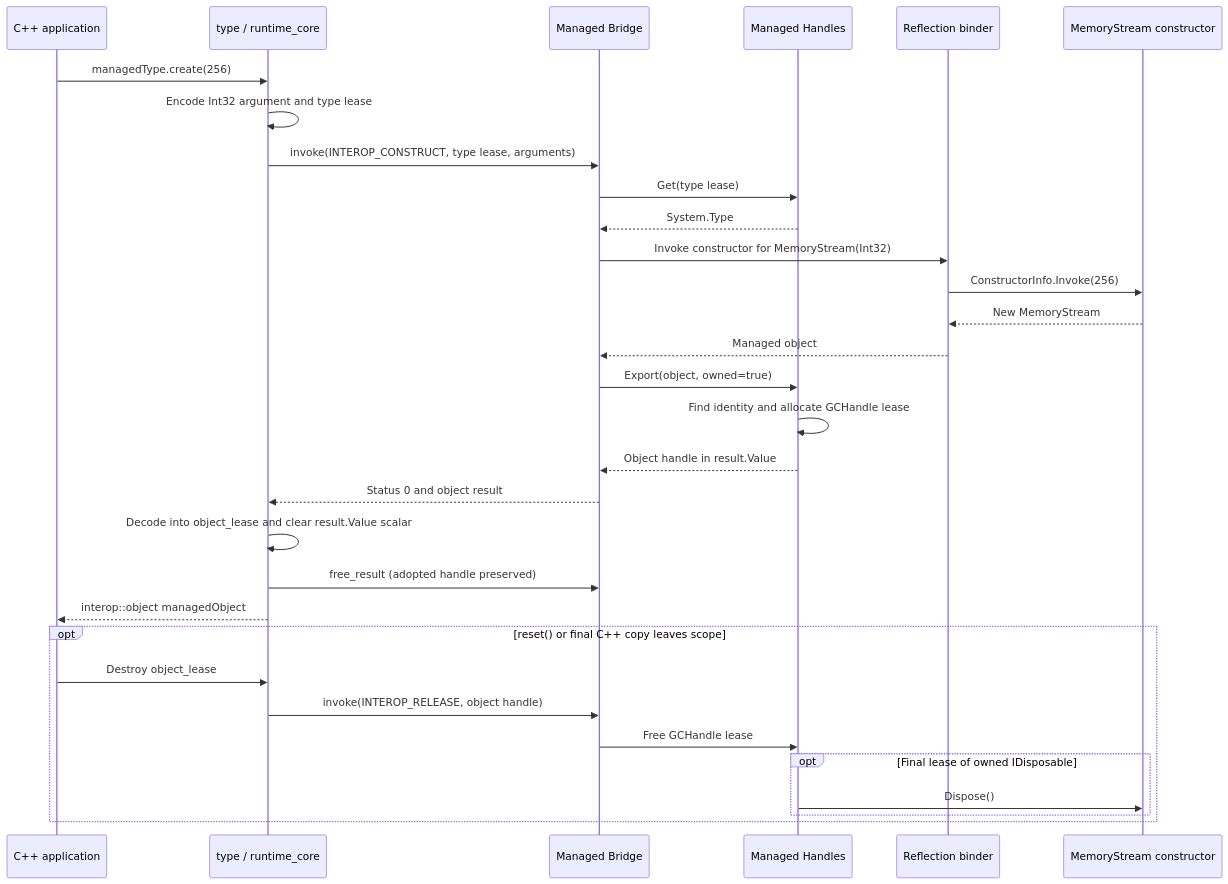
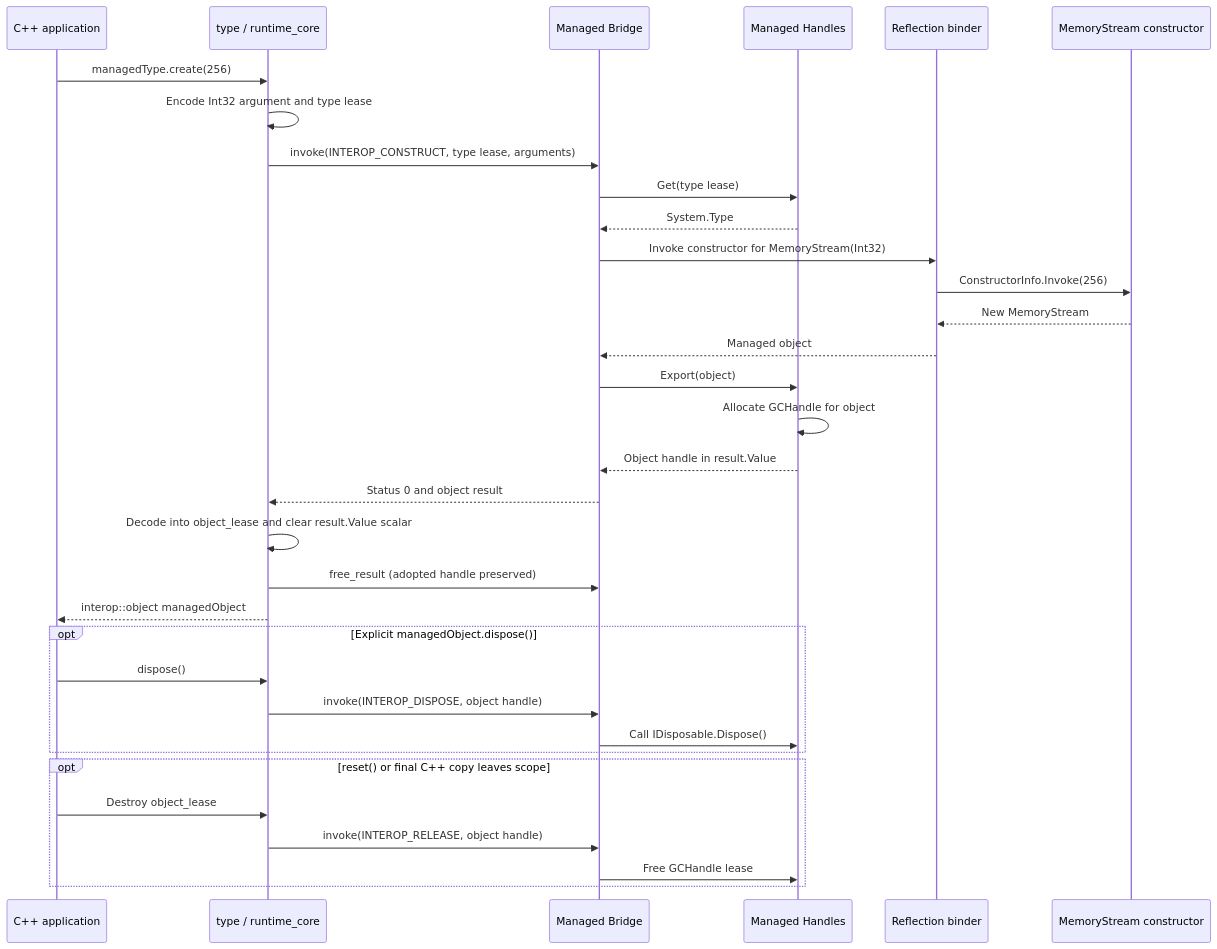
One commit to thms0x/hostfxr-interop changed the second of 4 diagrams in unmanaged_to_managed/README.md. Above: the diagram before and after it, drawn with Mermaid. The commit also changed other lines of this file and 13 other files, not shown here.

Commit message:
Use direct GCHandles for managed object leases

````diff
--- a/unmanaged_to_managed/README.md
+++ b/unmanaged_to_managed/README.md
@@ -163,33 +165,35 @@
 ```mermaid
 sequenceDiagram
     participant App as C++ application
     participant Native as type / runtime_core
     participant Bridge as Managed Bridge
     participant Handles as Managed Handles
     participant Binding as Reflection binder
     participant CLR as MemoryStream constructor
     App->>Native: managedType.create(256)
     Native->>Native: Encode Int32 argument and type lease
     Native->>Bridge: invoke(INTEROP_CONSTRUCT, type lease, arguments)
     Bridge->>Handles: Get(type lease)
     Handles-->>Bridge: System.Type
     Bridge->>Binding: Invoke constructor for MemoryStream(Int32)
     Binding->>CLR: ConstructorInfo.Invoke(256)
     CLR-->>Binding: New MemoryStream
     Binding-->>Bridge: Managed object
-    Bridge->>Handles: Export(object, owned=true)
-    Handles->>Handles: Find identity and allocate GCHandle lease
+    Bridge->>Handles: Export(object)
+    Handles->>Handles: Allocate GCHandle for object
     Handles-->>Bridge: Object handle in result.Value
     Bridge-->>Native: Status 0 and object result
     Native->>Native: Decode into object_lease and clear result.Value scalar
     Native->>Bridge: free_result (adopted handle preserved)
     Native-->>App: interop::object managedObject
+    opt Explicit managedObject.dispose()
+        App->>Native: dispose()
+        Native->>Bridge: invoke(INTEROP_DISPOSE, object handle)
+        Bridge->>Handles: Call IDisposable.Dispose()
+    end
     opt reset() or final C++ copy leaves scope
         App->>Native: Destroy object_lease
         Native->>Bridge: invoke(INTEROP_RELEASE, object handle)
         Bridge->>Handles: Free GCHandle lease
-        opt Final lease of owned IDisposable
-            Handles->>CLR: Dispose()
-        end
     end
 ```
````
